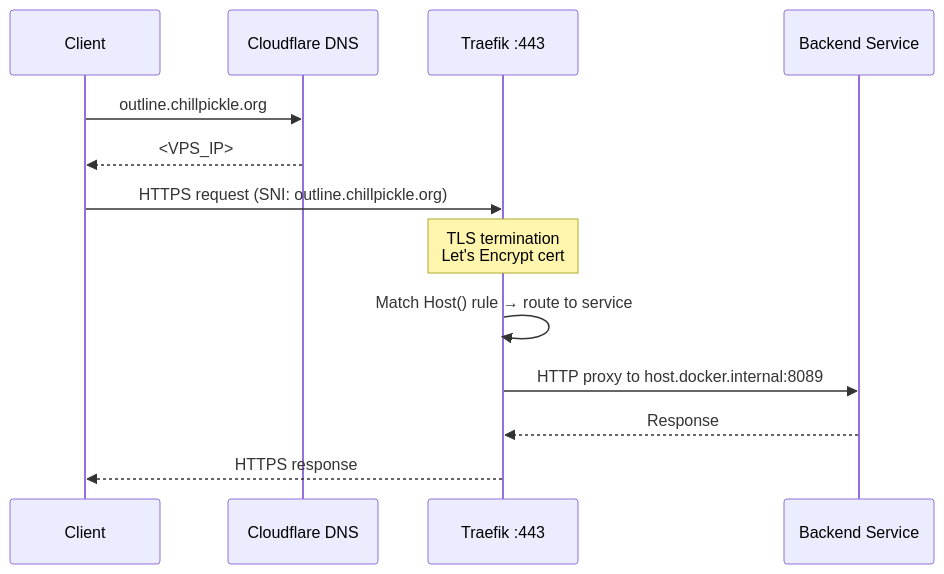
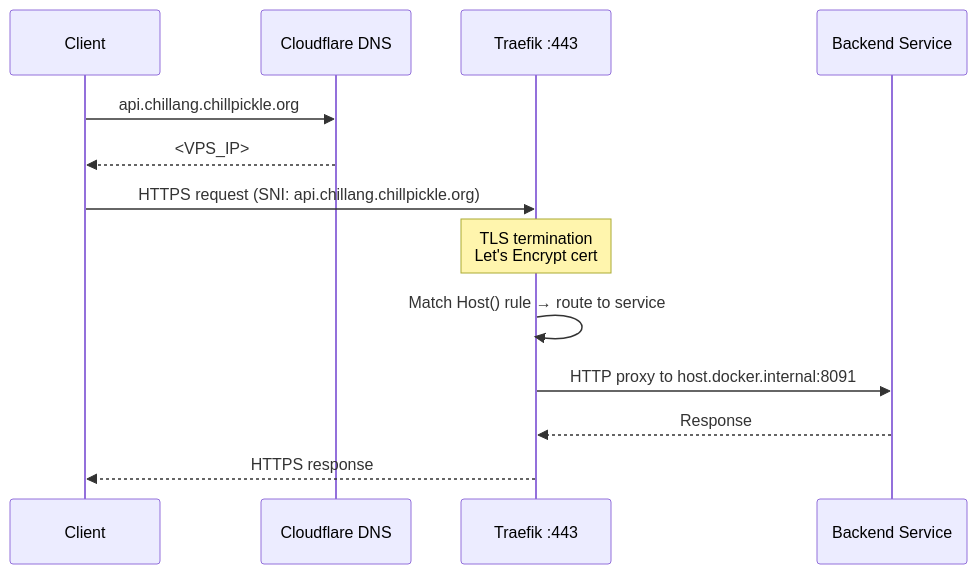
The second of 3 diagrams in docs/infrastructure.md (chill-pickle/vps-000), drawn with Mermaid before and after one commit. The commit also changed other lines of this file and 10 other files, not shown here.

````diff
--- a/docs/infrastructure.md
+++ b/docs/infrastructure.md
@@ -41,17 +31,17 @@
 ```mermaid
 sequenceDiagram
     participant C as Client
     participant CF as Cloudflare DNS
     participant T as Traefik :443
     participant S as Backend Service
 
-    C->>CF: outline.chillpickle.org
+    C->>CF: api.chillang.chillpickle.org
     CF-->>C: <VPS_IP>
 
-    C->>T: HTTPS request (SNI: outline.chillpickle.org)
+    C->>T: HTTPS request (SNI: api.chillang.chillpickle.org)
     Note over T: TLS termination<br/>Let's Encrypt cert
     T->>T: Match Host() rule → route to service
-    T->>S: HTTP proxy to host.docker.internal:8089
+    T->>S: HTTP proxy to host.docker.internal:8091
     S-->>T: Response
     T-->>C: HTTPS response
 ```
````
